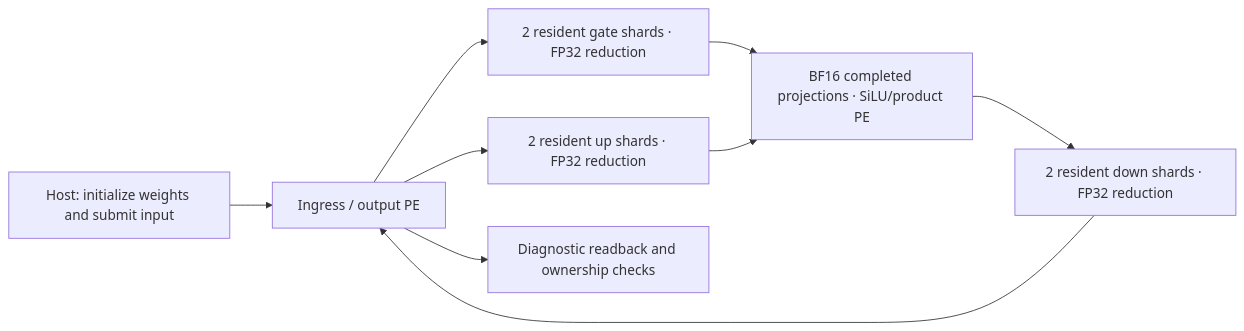
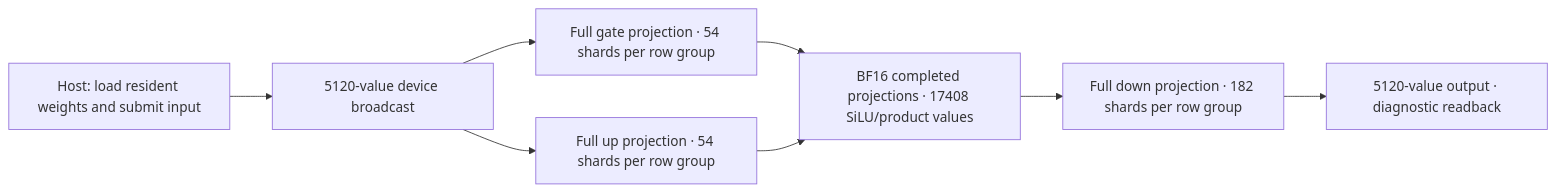
Before and after one commit to lingzhi227/csl-llm-sdk: the second of 2 diagrams in README.md, drawn with Mermaid. The commit also changed other lines of this file and 36 other files, not shown here.

````diff
--- a/README.md
+++ b/README.md
@@ -43,11 +43,10 @@
 ```mermaid
 flowchart LR
-    Host["Host: initialize weights and submit input"] --> In["Ingress / output PE"]
-    In --> G["2 resident gate shards · FP32 reduction"]
-    In --> U["2 resident up shards · FP32 reduction"]
-    G --> N["BF16 completed projections · SiLU/product PE"]
+    Host["Host: load resident weights and submit input"] --> In["5120-value device broadcast"]
+    In --> G["Full gate projection · 54 shards per row group"]
+    In --> U["Full up projection · 54 shards per row group"]
+    G --> N["BF16 completed projections · 17408 SiLU/product values"]
     U --> N
-    N --> D["2 resident down shards · FP32 reduction"]
-    D --> In
-    In --> Check["Diagnostic readback and ownership checks"]
+    N --> D["Full down projection · 182 shards per row group"]
+    D --> Out["5120-value output · diagnostic readback"]
 ```
````
